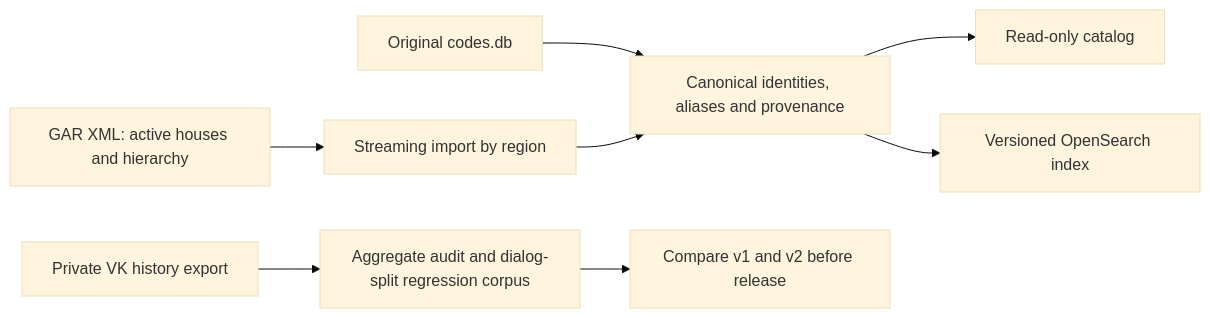
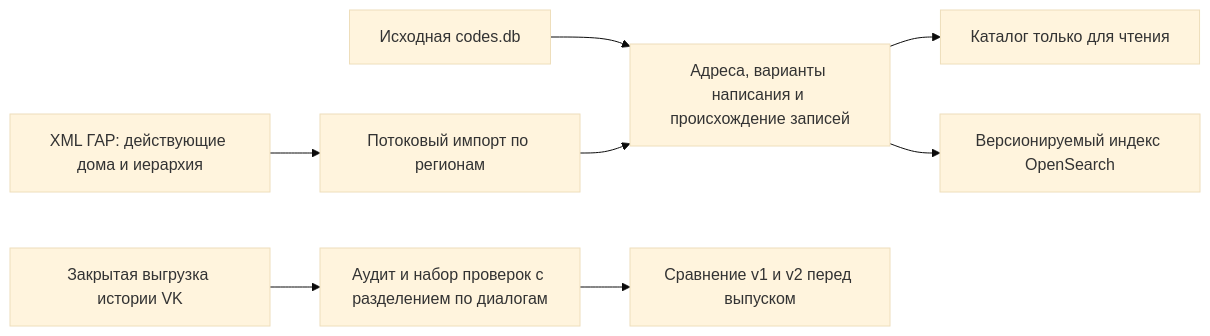
Before and after one commit to omkality/domofomka: the third of 3 diagrams in README.md, drawn with Mermaid (base theme). The commit also changed other lines of this file and 12 other files, not shown here.

````diff
--- a/README.md
+++ b/README.md
@@ -49,10 +49,10 @@
 ```mermaid
 flowchart LR
-    GAR[GAR XML: active houses and hierarchy] --> IMP[Streaming import by region]
-    OLD[Original codes.db] --> N[Canonical identities, aliases and provenance]
+    GAR[XML ГАР: действующие дома и иерархия] --> IMP[Потоковый импорт по регионам]
+    OLD[Исходная codes.db] --> N[Адреса, варианты написания и происхождение записей]
     IMP --> N
-    N --> CAT[Read-only catalog]
-    N --> IDX[Versioned OpenSearch index]
-    HISTORY[Private VK history export] --> AUDIT[Aggregate audit and dialog-split regression corpus]
-    AUDIT --> TEST[Compare v1 and v2 before release]
+    N --> CAT[Каталог только для чтения]
+    N --> IDX[Версионируемый индекс OpenSearch]
+    HISTORY[Закрытая выгрузка истории VK] --> AUDIT[Аудит и набор проверок с разделением по диалогам]
+    AUDIT --> TEST[Сравнение v1 и v2 перед выпуском]
 ```
````
